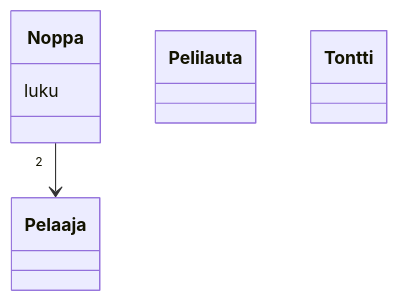
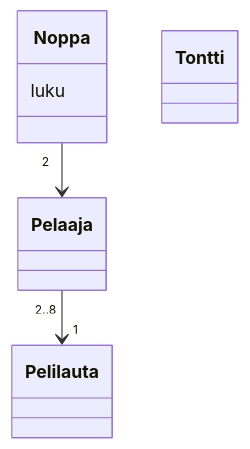
The diagram in laskarit/viikko3/Monopoli_kaavio.md (Yahimoh/ot-harjoitustyo), drawn with Mermaid before and after one commit.

````diff
--- a/laskarit/viikko3/Monopoli_kaavio.md
+++ b/laskarit/viikko3/Monopoli_kaavio.md
@@ -1,18 +1,19 @@
 ```mermaid
  classDiagram
 	
 	Noppa "2" --> Pelaaja
+	Pelaaja "2..8" --> "1" Pelilauta
 
 	class Noppa {
 		luku
 	}
 
         class Pelaaja {     
         }
 
 	class Pelilauta {
 	}
 
 	class Tontti {
 	}
 ```
````
